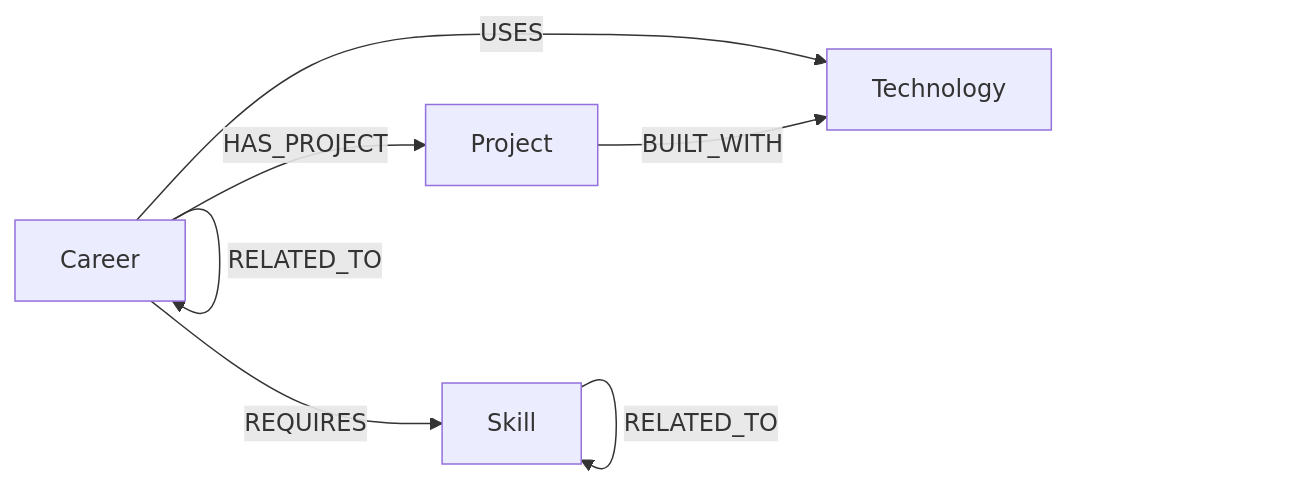
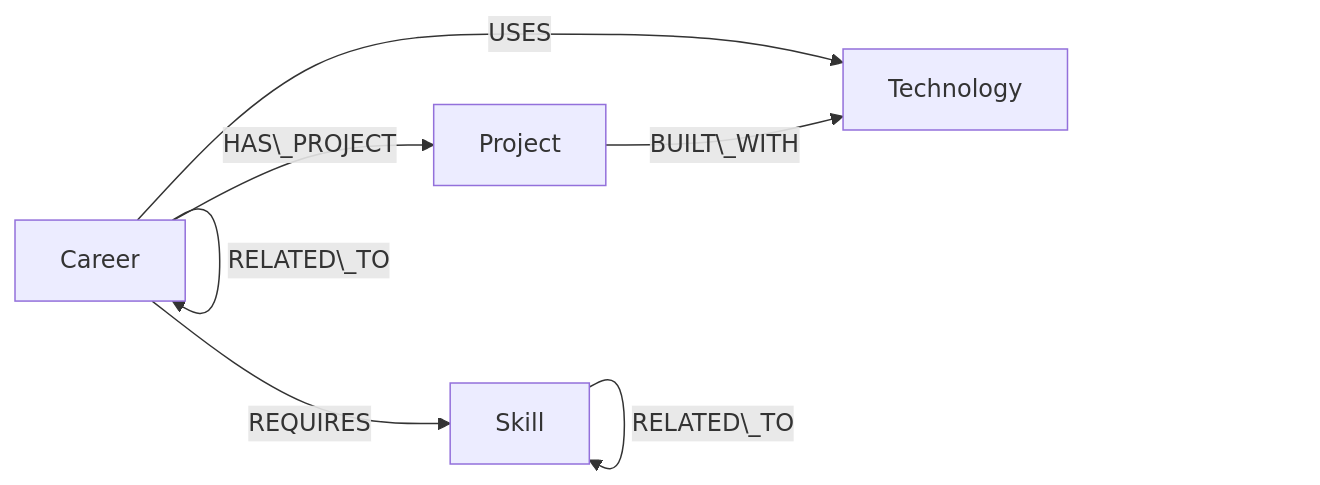
One commit to shahd596/skillpath-cognodb changed the diagram in README.md. Above: the diagram before and after it, drawn with Mermaid. The commit also changed other lines of this file, not shown here.

````diff
--- a/README.md
+++ b/README.md
@@ -22,9 +22,9 @@
 ```mermaid
 graph LR
   Career -->|REQUIRES| Skill
   Career -->|USES| Technology
-  Career -->|HAS_PROJECT| Project
-  Career -->|RELATED_TO| Career
-  Skill -->|RELATED_TO| Skill
-  Project -->|BUILT_WITH| Technology
+  Career -->|HAS\_PROJECT| Project
+  Career -->|RELATED\_TO| Career
+  Skill -->|RELATED\_TO| Skill
+  Project -->|BUILT\_WITH| Technology
 ```
````
